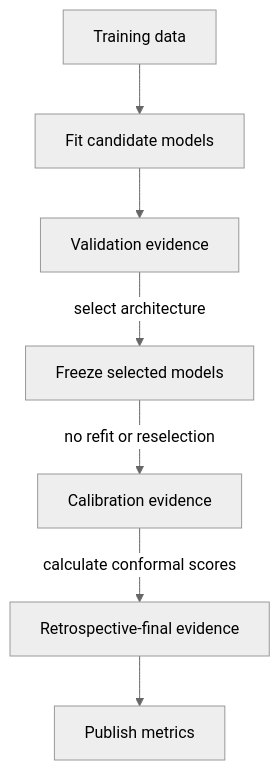
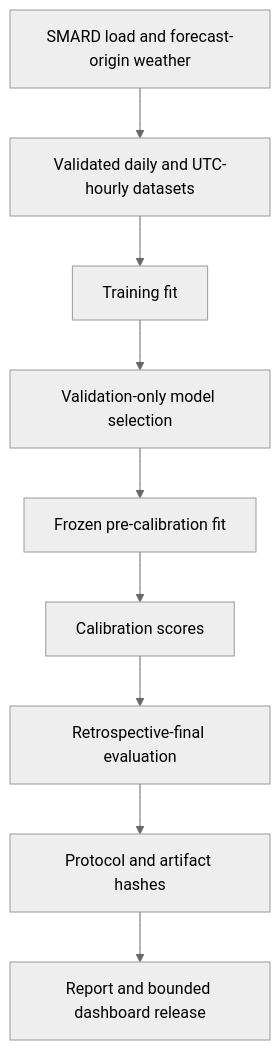
One commit to frogiraffe/german-grid-load-forecasting changed the diagram in docs/TECHNICAL.md. Above: the diagram before and after it, drawn with Mermaid (neutral theme). The commit also changed other lines of this file and 61 other files, not shown here.

````diff
--- a/docs/TECHNICAL.md
+++ b/docs/TECHNICAL.md
@@ -9,9 +24,11 @@
 ```mermaid
 flowchart TD
-    A[Training data] --> B[Fit candidate models]
-    B --> C[Validation evidence]
-    C -->|select architecture| D[Freeze selected models]
-    D -->|no refit or reselection| E[Calibration evidence]
-    E -->|calculate conformal scores| F[Retrospective-final evidence]
-    F --> G[Publish metrics]
+    A[SMARD load and forecast-origin weather] --> B[Validated daily and UTC-hourly datasets]
+    B --> C[Training fit]
+    C --> D[Validation-only model selection]
+    D --> E[Frozen pre-calibration fit]
+    E --> F[Calibration scores]
+    F --> G[Retrospective-final evaluation]
+    G --> H[Protocol and artifact hashes]
+    H --> I[Report and bounded dashboard release]
 ```
````
